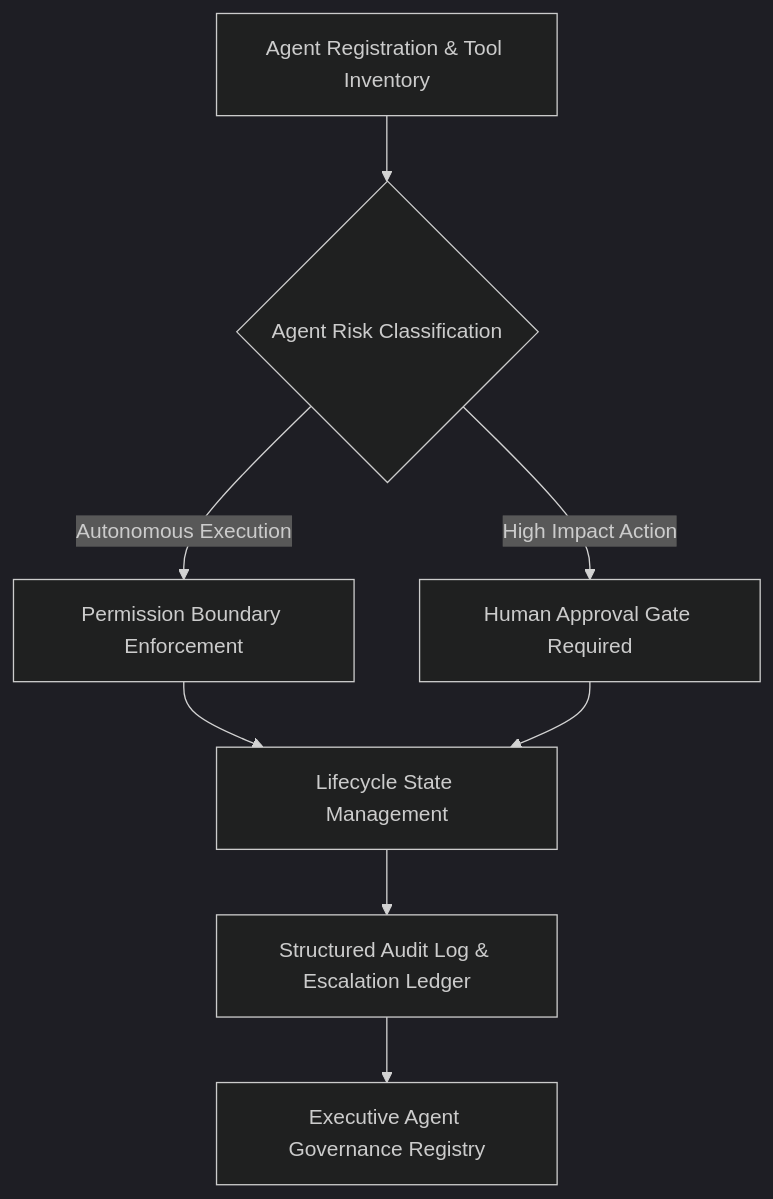
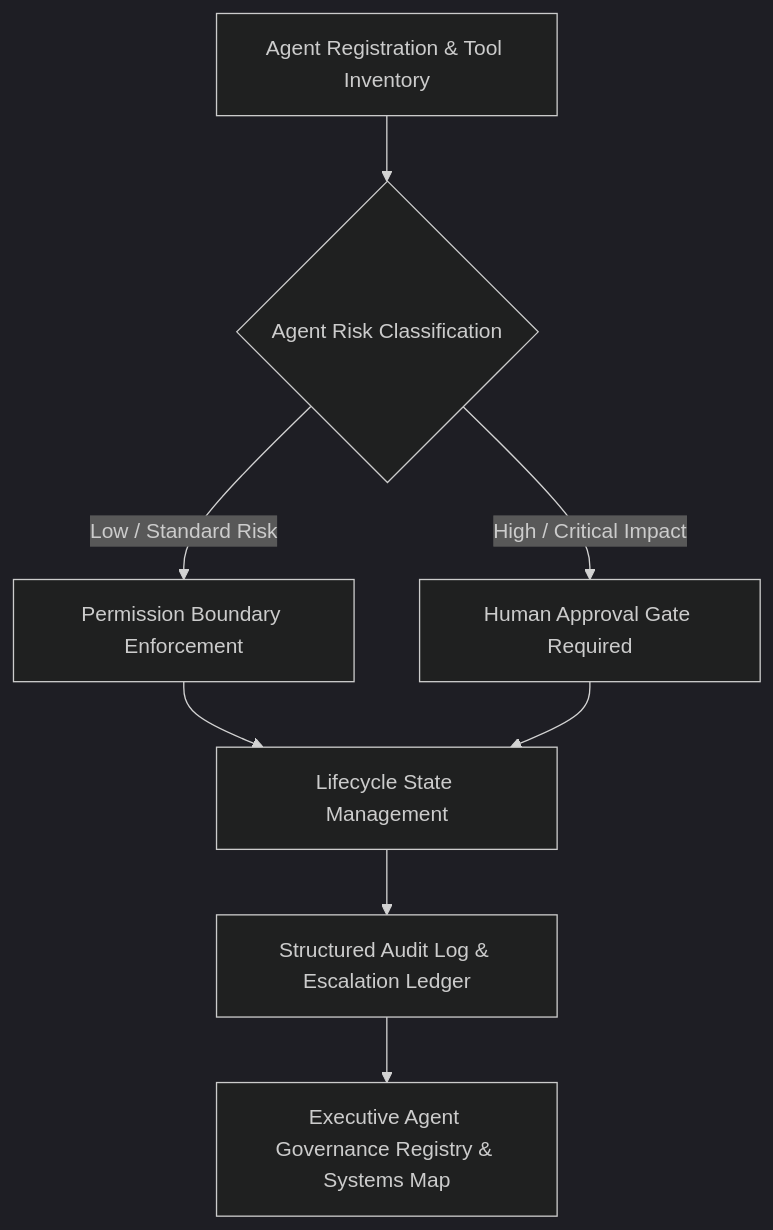
The diagram in README.md (jovfranco-tech/ai-agent-governance-registry-showcase), drawn with Mermaid (dark theme) before and after one commit. The commit also changed other lines of this file, not shown here.

````diff
--- a/README.md
+++ b/README.md
@@ -39,10 +70,10 @@
 ```mermaid
 flowchart TD
-    A[Agent Registration & Tool Inventory] --> B{Agent Risk Classification}
-    B -->|Autonomous Execution| C[Permission Boundary Enforcement]
-    B -->|High Impact Action| D[Human Approval Gate Required]
-    C --> E[Lifecycle State Management]
+    A["Agent Registration & Tool Inventory"] --> B{"Agent Risk Classification"}
+    B -->|"Low / Standard Risk"| C["Permission Boundary Enforcement"]
+    B -->|"High / Critical Impact"| D["Human Approval Gate Required"]
+    C --> E["Lifecycle State Management"]
     D --> E
-    E --> F[Structured Audit Log & Escalation Ledger]
-    F --> G[Executive Agent Governance Registry]
+    E --> F["Structured Audit Log & Escalation Ledger"]
+    F --> G["Executive Agent Governance Registry & Systems Map"]
 ```
````
